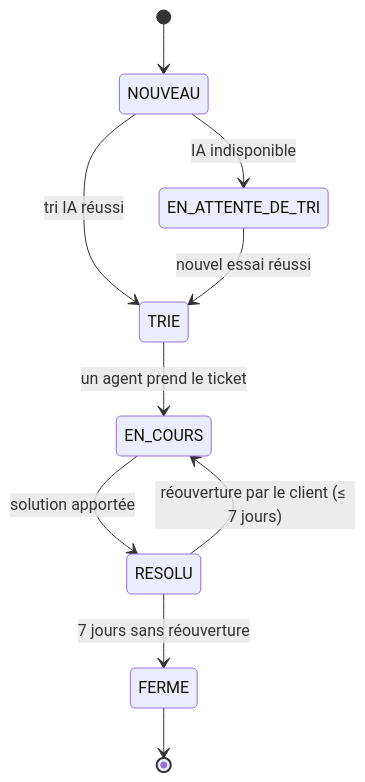
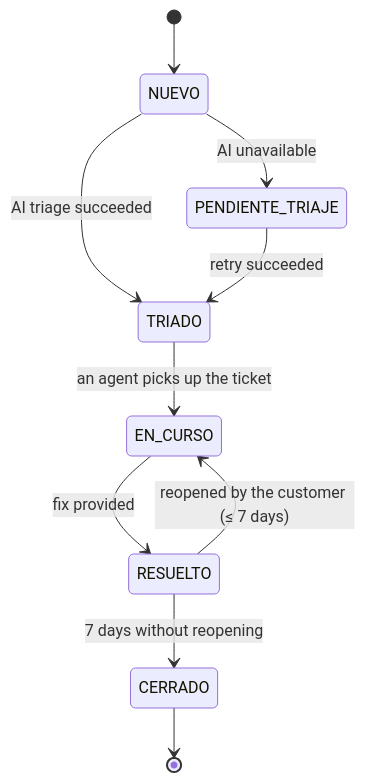
One commit to elgmouad/triage-agentics changed the first of 4 diagrams in README.md. Above: the diagram before and after it, drawn with Mermaid. The commit also changed other lines of this file, not shown here.

````diff
--- a/README.md
+++ b/README.md
@@ -68,12 +66,12 @@
 ```mermaid
 stateDiagram-v2
-    [*] --> NOUVEAU
-    NOUVEAU --> TRIE : tri IA réussi
-    NOUVEAU --> EN_ATTENTE_DE_TRI : IA indisponible
-    EN_ATTENTE_DE_TRI --> TRIE : nouvel essai réussi
-    TRIE --> EN_COURS : un agent prend le ticket
-    EN_COURS --> RESOLU : solution apportée
-    RESOLU --> EN_COURS : réouverture par le client (≤ 7 jours)
-    RESOLU --> FERME : 7 jours sans réouverture
-    FERME --> [*]
+    [*] --> NUEVO
+    NUEVO --> TRIADO : AI triage succeeded
+    NUEVO --> PENDIENTE_TRIAJE : AI unavailable
+    PENDIENTE_TRIAJE --> TRIADO : retry succeeded
+    TRIADO --> EN_CURSO : an agent picks up the ticket
+    EN_CURSO --> RESUELTO : fix provided
+    RESUELTO --> EN_CURSO : reopened by the customer (≤ 7 days)
+    RESUELTO --> CERRADO : 7 days without reopening
+    CERRADO --> [*]
 ```
````
